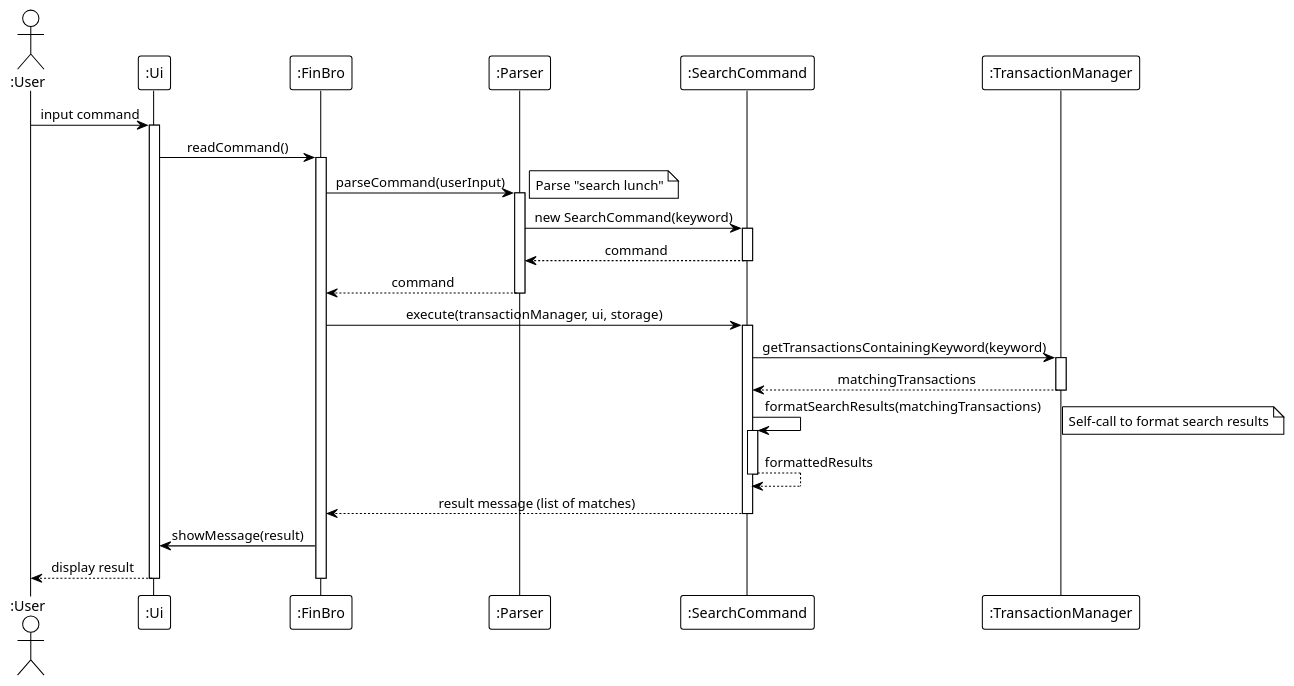
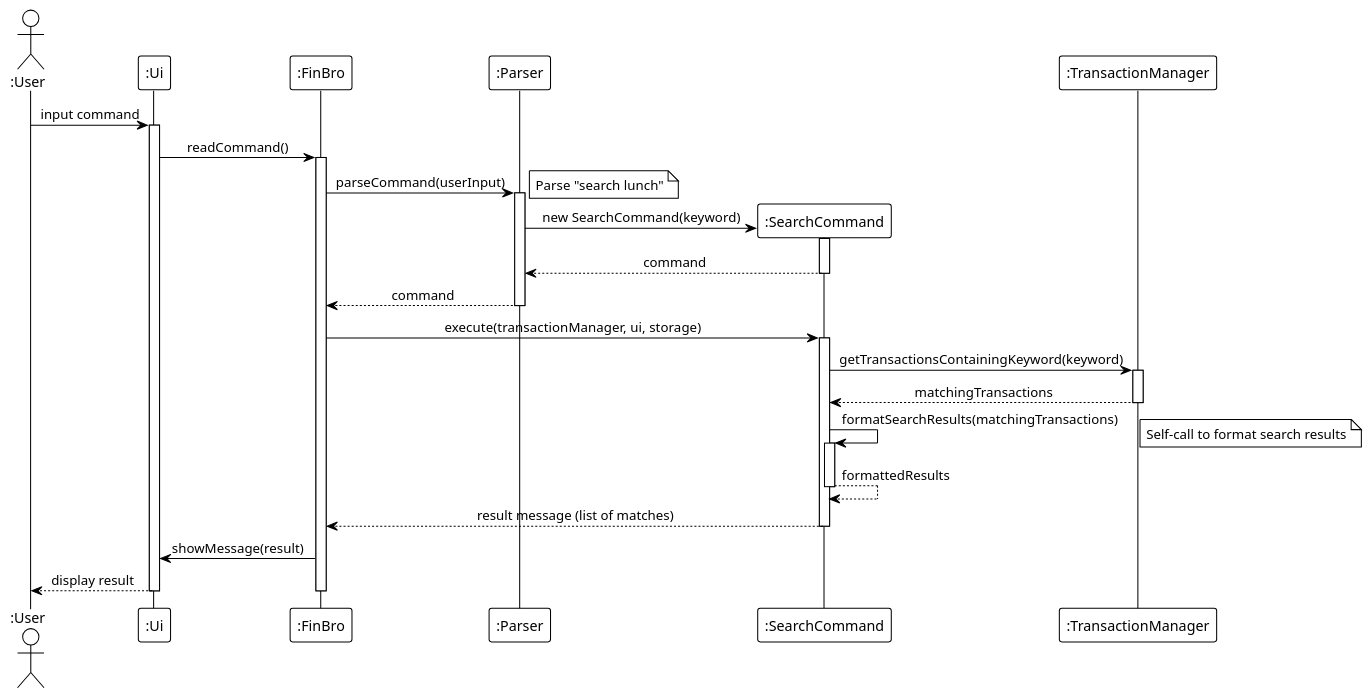
Before and after one commit to laitcanard05/tp: diagram 16 of 21 in docs/DeveloperGuide.md, drawn with PlantUML. The commit also changed other lines of this file, not shown here.

````diff
--- a/docs/DeveloperGuide.md
+++ b/docs/DeveloperGuide.md
@@ -1411,54 +1413,55 @@
 ```puml
 @startuml
 !theme plain
 skinparam sequenceMessageAlign center
 skinparam responseMessageBelowArrow true
 
 actor ":User" as User
 participant ":Ui" as UI
 participant ":FinBro" as FinBro
 participant ":Parser" as Parser
 participant ":SearchCommand" as SearchCommand
 participant ":TransactionManager" as TransactionMgr
 
 User -> UI : input command
 activate UI
 
 UI -> FinBro : readCommand()
 activate FinBro
 
 FinBro -> Parser : parseCommand(userInput)
 activate Parser
 note right: Parse "search lunch"
 
+create SearchCommand
 Parser -> SearchCommand : new SearchCommand(keyword)
 activate SearchCommand
 SearchCommand --> Parser : command
 deactivate SearchCommand
 Parser --> FinBro : command
 deactivate Parser
 
 FinBro -> SearchCommand : execute(transactionManager, ui, storage)
 activate SearchCommand
 
 SearchCommand -> TransactionMgr : getTransactionsContainingKeyword(keyword)
 activate TransactionMgr
 TransactionMgr --> SearchCommand : matchingTransactions
 deactivate TransactionMgr
 
 SearchCommand -> SearchCommand : formatSearchResults(matchingTransactions)
 activate SearchCommand
 note right: Self-call to format search results
 SearchCommand --> SearchCommand : formattedResults
 deactivate SearchCommand
 
 SearchCommand --> FinBro : result message (list of matches)
 deactivate SearchCommand
 
 FinBro -> UI : showMessage(result)
 UI --> User : display result
 deactivate UI
 deactivate FinBro
 
 @enduml
 ```
````
